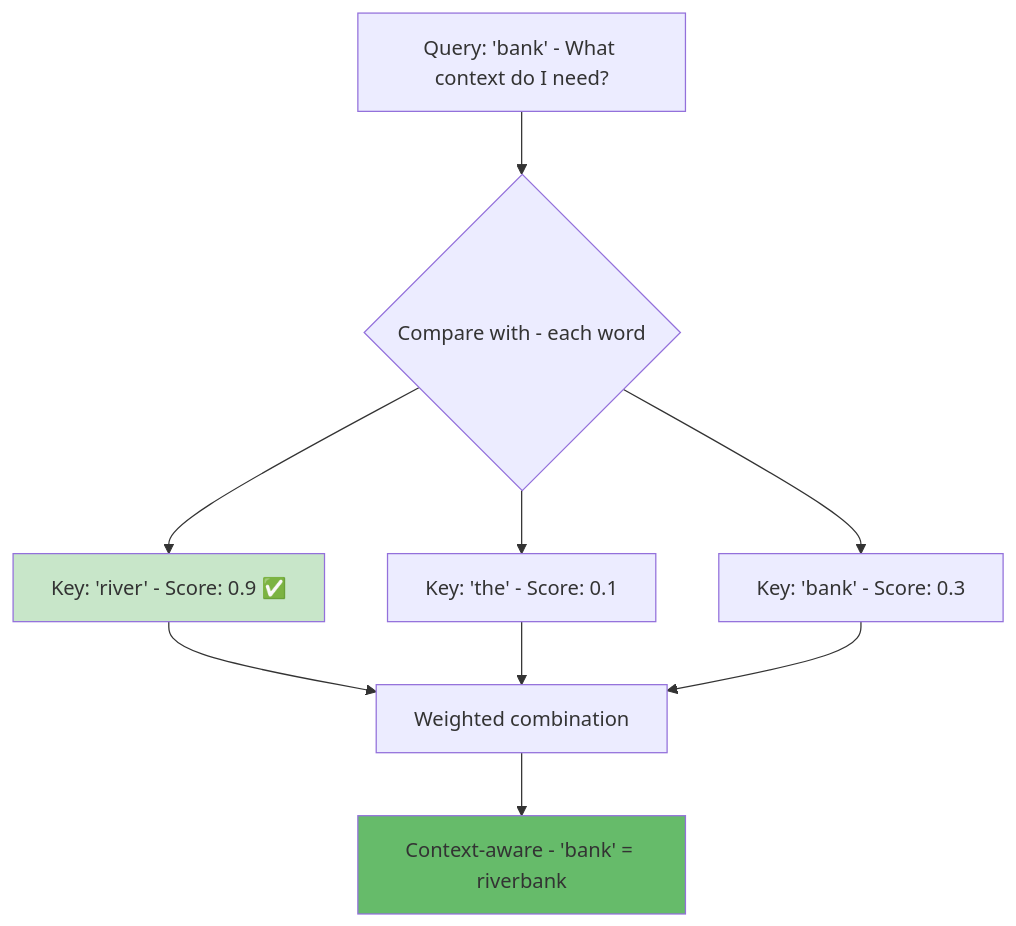
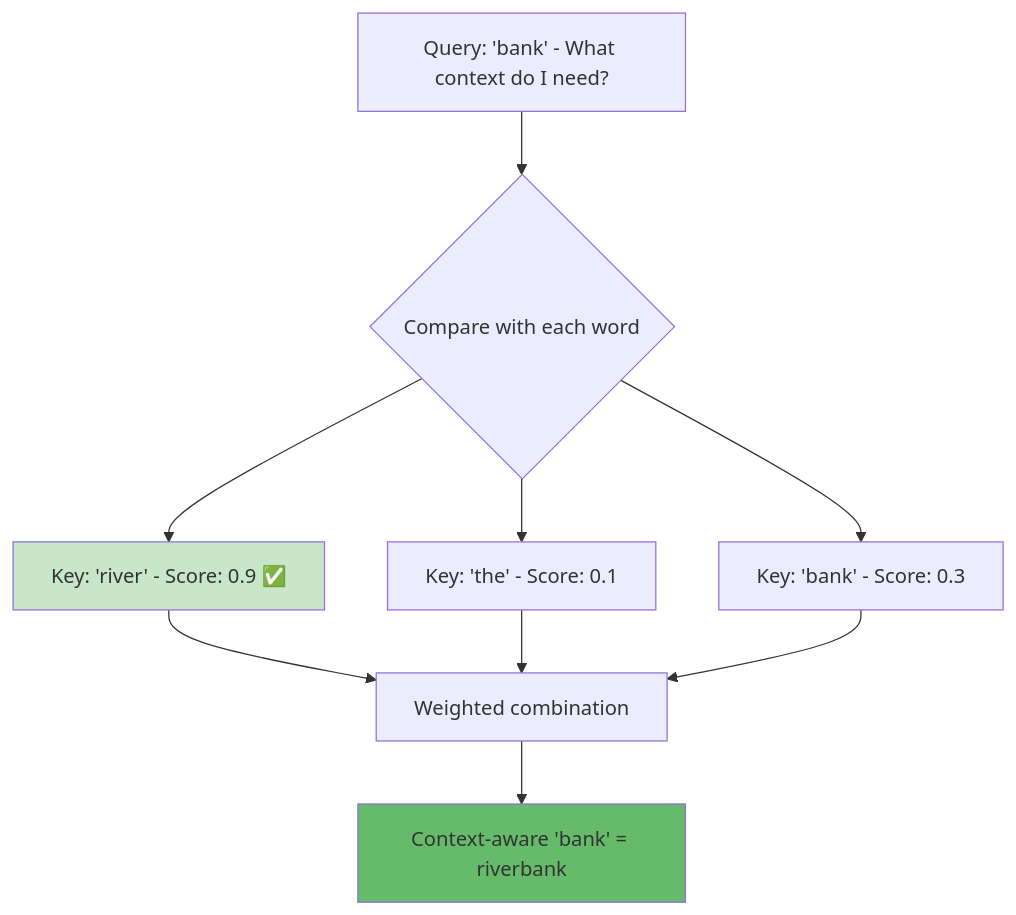
Before and after one commit to indhra/llm_rag_sec_findings: the sixth of 9 diagrams in docs/learning/01-llm-fundamentals.md, drawn with Mermaid. The commit also changed other lines of this file and 9 other files, not shown here.

````diff
--- a/docs/learning/01-llm-fundamentals.md
+++ b/docs/learning/01-llm-fundamentals.md
@@ -207,17 +207,17 @@
 ```mermaid
 graph TD
-    Q[Query: 'bank' - What context do I need?] --> S1{Compare with - each word}
+    Q["Query: 'bank' - What context do I need?"] --> S1{"Compare with each word"}
     
-    S1 --> K1[Key: 'river' - Score: 0.9 ✅]
-    S1 --> K2[Key: 'the' - Score: 0.1]
-    S1 --> K3[Key: 'bank' - Score: 0.3]
+    S1 --> K1["Key: 'river' - Score: 0.9 ✅"]
+    S1 --> K2["Key: 'the' - Score: 0.1"]
+    S1 --> K3["Key: 'bank' - Score: 0.3"]
     
-    K1 --> W[Weighted combination]
+    K1 --> W["Weighted combination"]
     K2 --> W
     K3 --> W
     
-    W --> O[Context-aware - 'bank' = riverbank]
+    W --> O["Context-aware 'bank' = riverbank"]
     
     style K1 fill:#c8e6c9
     style O fill:#66bb6a
 ```
````
